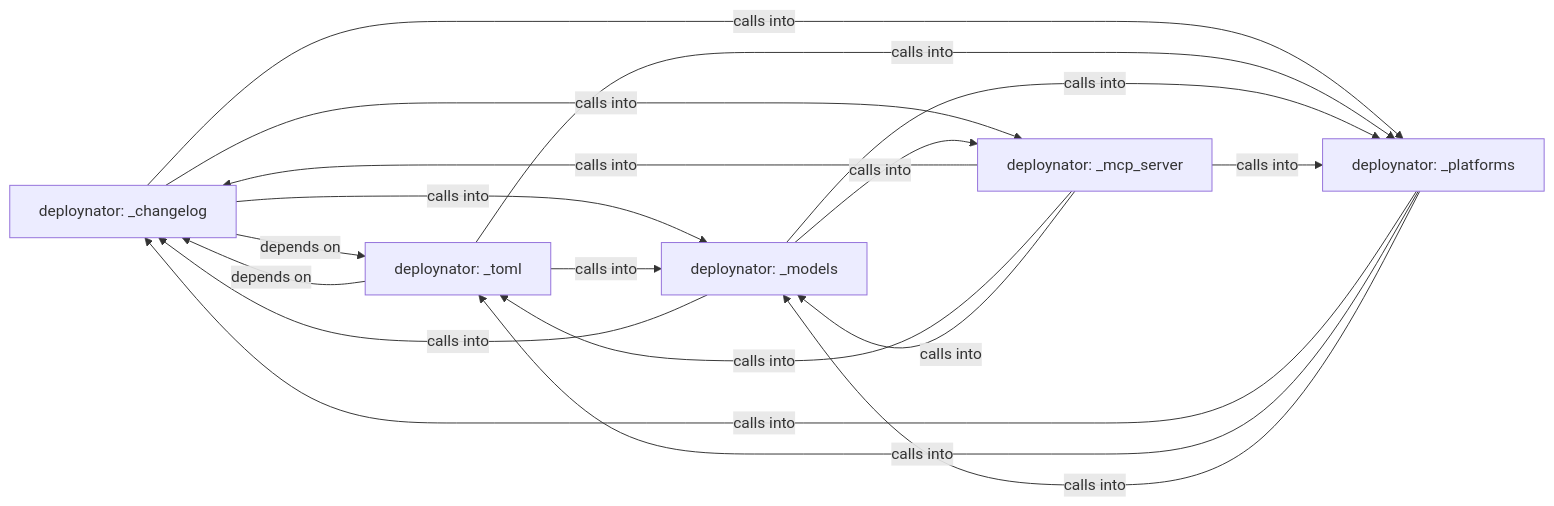
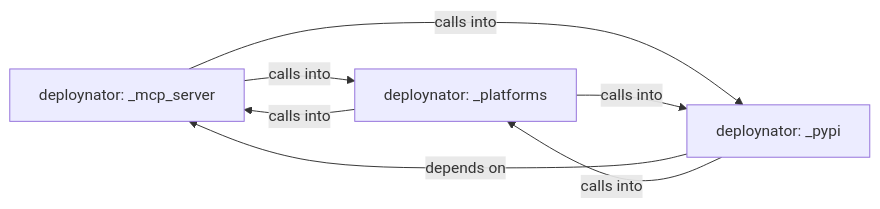
Before and after one commit to grisuno/deploynator: the diagram in readmenator-maps/md/readmenator-diagrams/overview.md, drawn with Mermaid. The commit also changed other lines of this file and 116 other files, not shown here.

````diff
--- a/readmenator-maps/md/readmenator-diagrams/overview.md
+++ b/readmenator-maps/md/readmenator-diagrams/overview.md
@@ -1,28 +1,15 @@
 ```mermaid
 graph LR
-    deploynator__changelog["deploynator: _changelog"]
-    deploynator__toml["deploynator: _toml"]
-    deploynator__models["deploynator: _models"]
     deploynator__mcp_server["deploynator: _mcp_server"]
     deploynator__platforms["deploynator: _platforms"]
-    deploynator__changelog -- "depends on" --> deploynator__toml
-    deploynator__changelog -- "calls into" --> deploynator__models
-    deploynator__changelog -- "calls into" --> deploynator__mcp_server
-    deploynator__changelog -- "calls into" --> deploynator__platforms
-    deploynator__toml -- "depends on" --> deploynator__changelog
-    deploynator__toml -- "calls into" --> deploynator__models
-    deploynator__toml -- "calls into" --> deploynator__platforms
-    deploynator__models -- "calls into" --> deploynator__changelog
-    deploynator__models -- "calls into" --> deploynator__mcp_server
-    deploynator__models -- "calls into" --> deploynator__platforms
-    deploynator__mcp_server -- "calls into" --> deploynator__changelog
-    deploynator__mcp_server -- "calls into" --> deploynator__toml
-    deploynator__mcp_server -- "calls into" --> deploynator__models
+    deploynator__pypi["deploynator: _pypi"]
     deploynator__mcp_server -- "calls into" --> deploynator__platforms
-    deploynator__platforms -- "calls into" --> deploynator__changelog
-    deploynator__platforms -- "calls into" --> deploynator__toml
-    deploynator__platforms -- "calls into" --> deploynator__models
-    click deploynator__changelog href "./deploynator__changelog.md" "Details"
-    click deploynator__toml href "./deploynator__toml.md" "Details"
-    click deploynator__models href "./deploynator__models.md" "Details"
+    deploynator__mcp_server -- "calls into" --> deploynator__pypi
+    deploynator__platforms -- "calls into" --> deploynator__mcp_server
+    deploynator__platforms -- "calls into" --> deploynator__pypi
+    deploynator__pypi -- "depends on" --> deploynator__mcp_server
+    deploynator__pypi -- "calls into" --> deploynator__platforms
+    click deploynator__mcp_server href "./deploynator__mcp_server.md" "Details"
+    click deploynator__platforms href "./deploynator__platforms.md" "Details"
+    click deploynator__pypi href "./deploynator__pypi.md" "Details"
 ```
````
